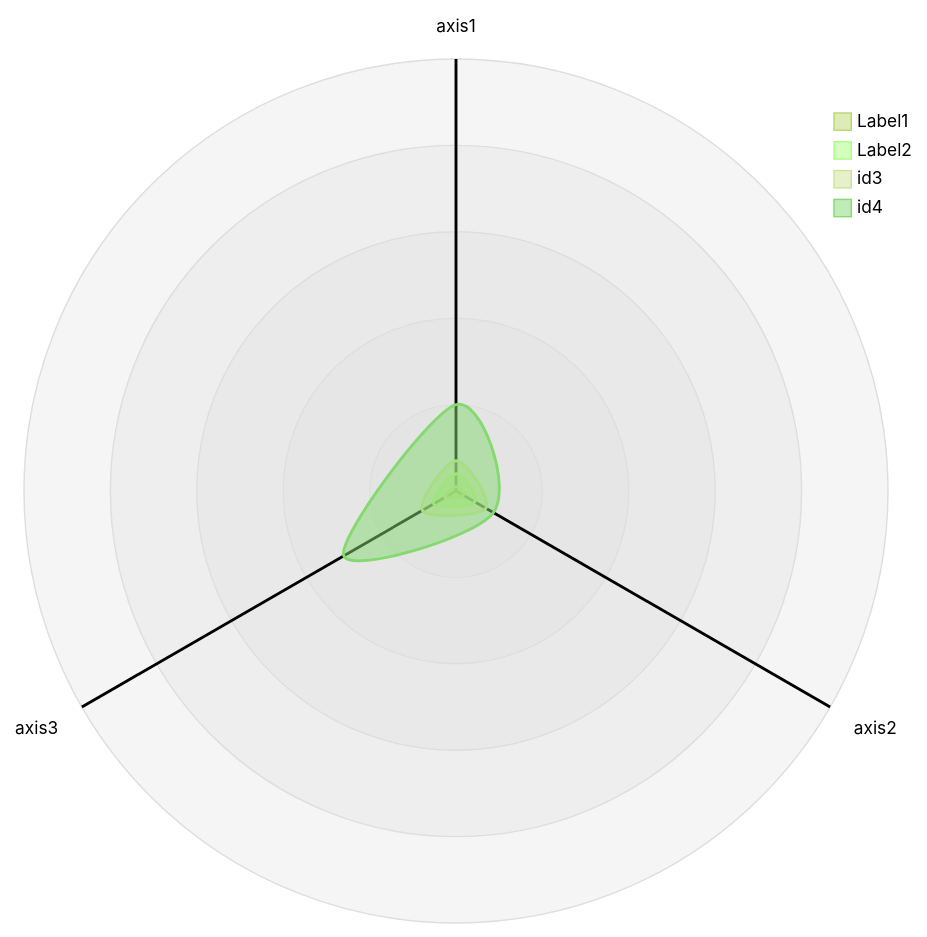
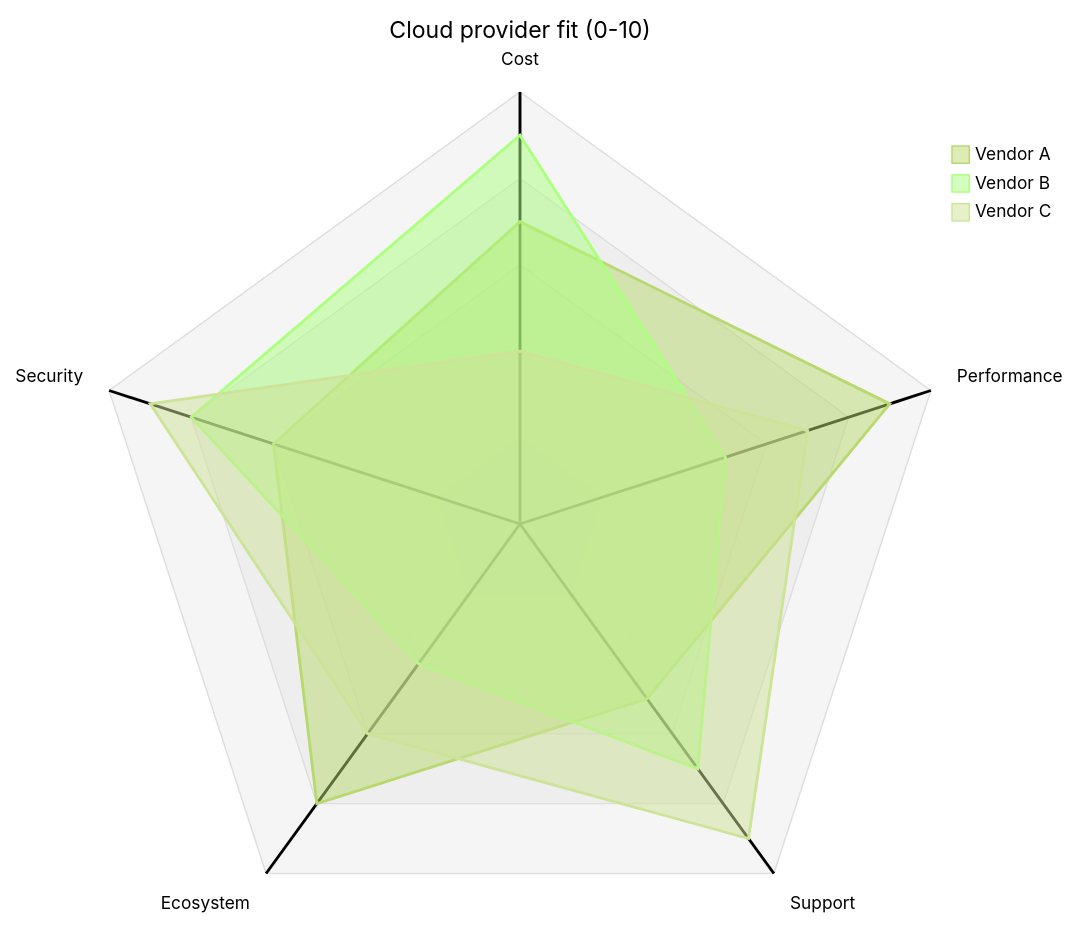
The third of 4 diagrams in skills/diagrammer/specs/mermaid/radar.md (hgrabows/diagrammer-skills), drawn with Mermaid (forest theme) before and after one commit. The commit also changed other lines of this file and 127 other files, not shown here.

First line of the commit message:
feat: audit all specs, add example gallery, fix PlantUML and Gantt rendering

````diff
--- a/skills/diagrammer/specs/mermaid/radar.md
+++ b/skills/diagrammer/specs/mermaid/radar.md
@@ -70,12 +95,18 @@
 ```mermaid
+---
+config:
+  radar:
+    marginLeft: 100
+    marginRight: 100
+---
 radar-beta
-  axis axis1, axis2, axis3
-  curve id1["Label1"]{1, 2, 3}
-  curve id2["Label2"]{4, 5, 6}, id3{7, 8, 9}
-  curve id4{ axis3: 30, axis1: 20, axis2: 10 }
+  title Cloud provider fit (0-10)
+  axis cost["Cost"], perf["Performance"], sup["Support"], eco["Ecosystem"], sec["Security"]
+  curve a["Vendor A"]{7, 9, 5, 8, 6}, b["Vendor B"]{9, 5, 7, 4, 8}
+  curve c["Vendor C"]{ sec: 9, cost: 4, eco: 6, perf: 7, sup: 9 }
+  max 10
+  min 0
+  graticule polygon
+  ticks 5
   showLegend true
-  max 100
-  min 0
-  graticule circle
-  ticks 5
 ```
````
